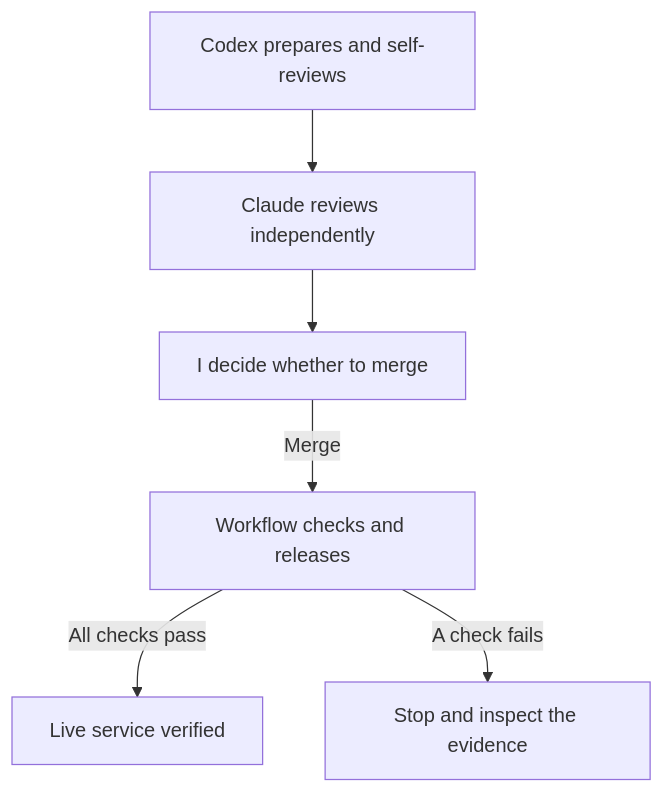
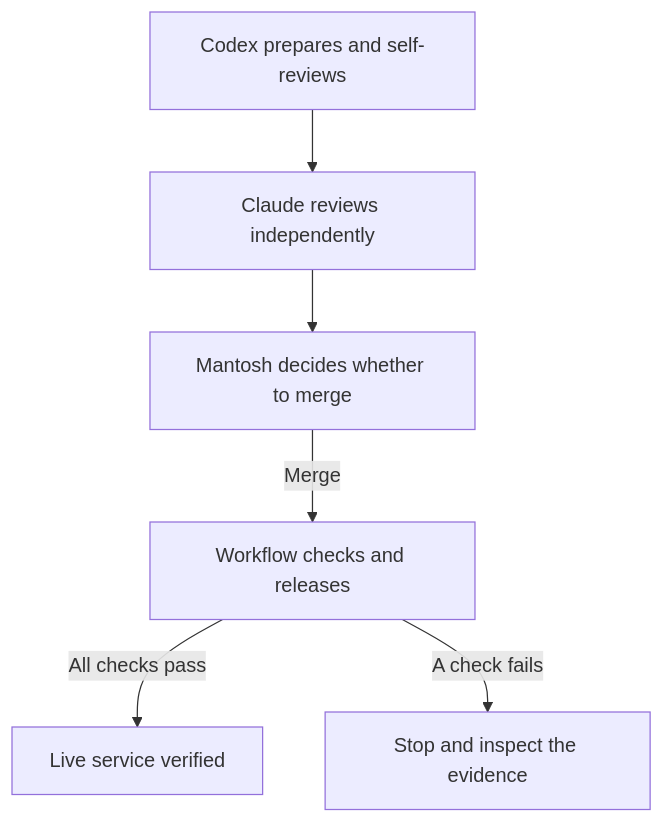
The diagram in docs/drafts/ai-can-write-the-change-who-controls-the-release.md (mantoshkumar1/mantoshkumar1.github.io), drawn with Mermaid before and after one commit. The commit also changed other lines of this file and 2 other files, not shown here.

````diff
--- a/docs/drafts/ai-can-write-the-change-who-controls-the-release.md
+++ b/docs/drafts/ai-can-write-the-change-who-controls-the-release.md
@@ -19,8 +19,8 @@
 ```mermaid
 flowchart TD
   A["Codex prepares and self-reviews"] --> B["Claude reviews independently"]
-  B --> C["I decide whether to merge"]
+  B --> C["Mantosh decides whether to merge"]
   C -->|"Merge"| D["Workflow checks and releases"]
   D -->|"All checks pass"| E["Live service verified"]
   D -->|"A check fails"| F["Stop and inspect the evidence"]
 ```
````
